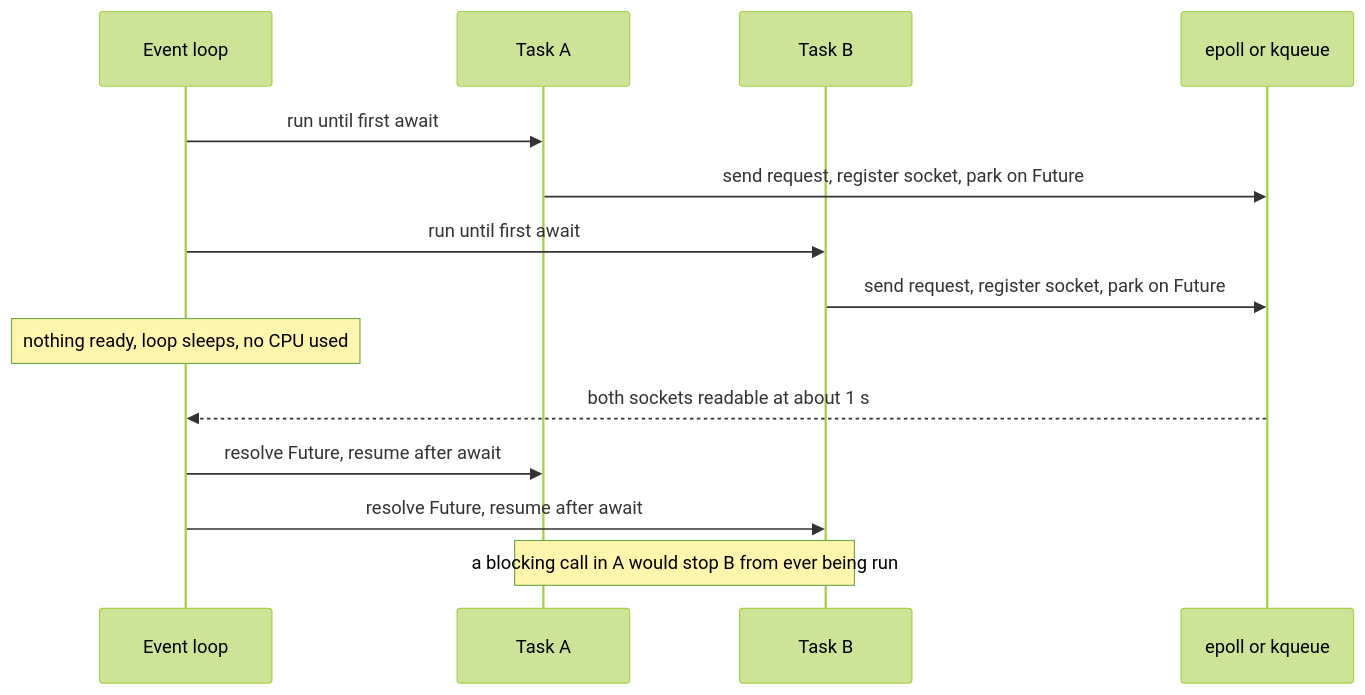
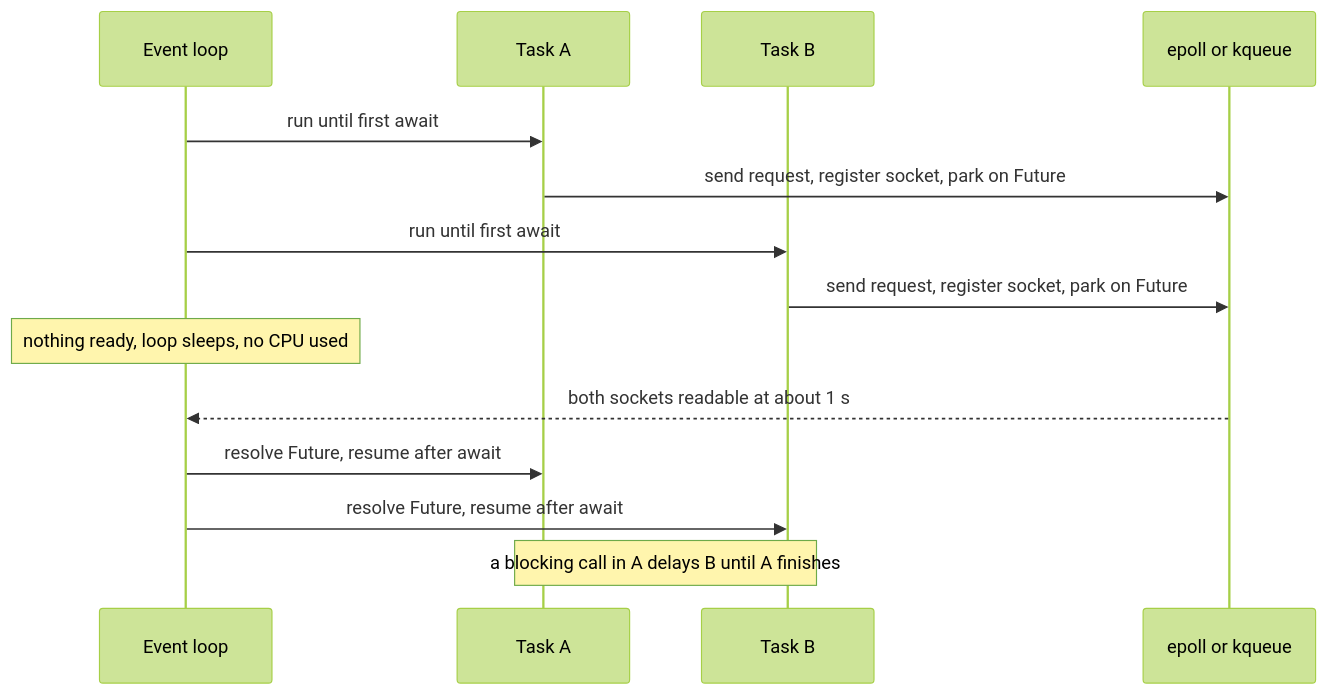
One commit to lovishmahajan97/agentic-learning changed the diagram in content/python-for-ai/async-await.md. Above: the diagram before and after it, drawn with Mermaid (forest theme). The commit also changed other lines of this file and 213 other files, not shown here.

````diff
--- a/content/python-for-ai/async-await.md
+++ b/content/python-for-ai/async-await.md
@@ -126,16 +126,16 @@
 ```mermaid
 sequenceDiagram
     participant L as Event loop
     participant A as Task A
     participant B as Task B
     participant OS as epoll or kqueue
     L->>A: run until first await
     A->>OS: send request, register socket, park on Future
     L->>B: run until first await
     B->>OS: send request, register socket, park on Future
     Note over L: nothing ready, loop sleeps, no CPU used
     OS-->>L: both sockets readable at about 1 s
     L->>A: resolve Future, resume after await
     L->>B: resolve Future, resume after await
-    Note over A,B: a blocking call in A would stop B from ever being run
+    Note over A,B: a blocking call in A delays B until A finishes
 ```
````
